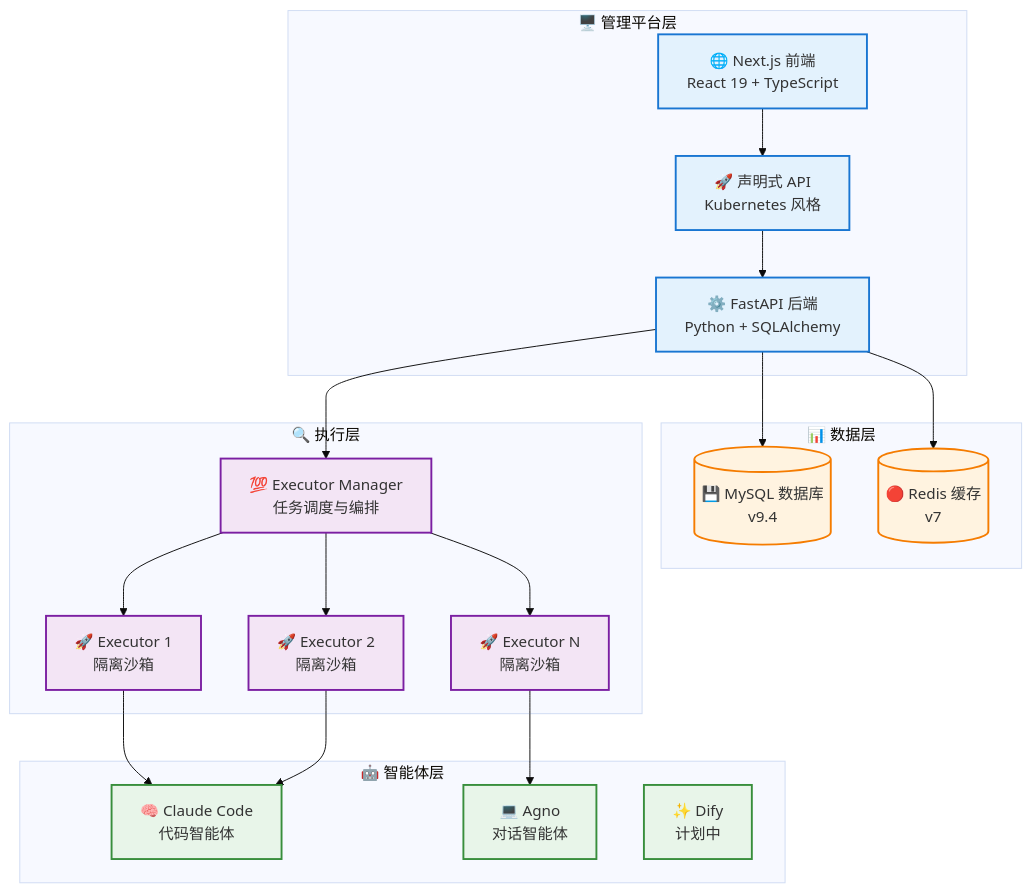
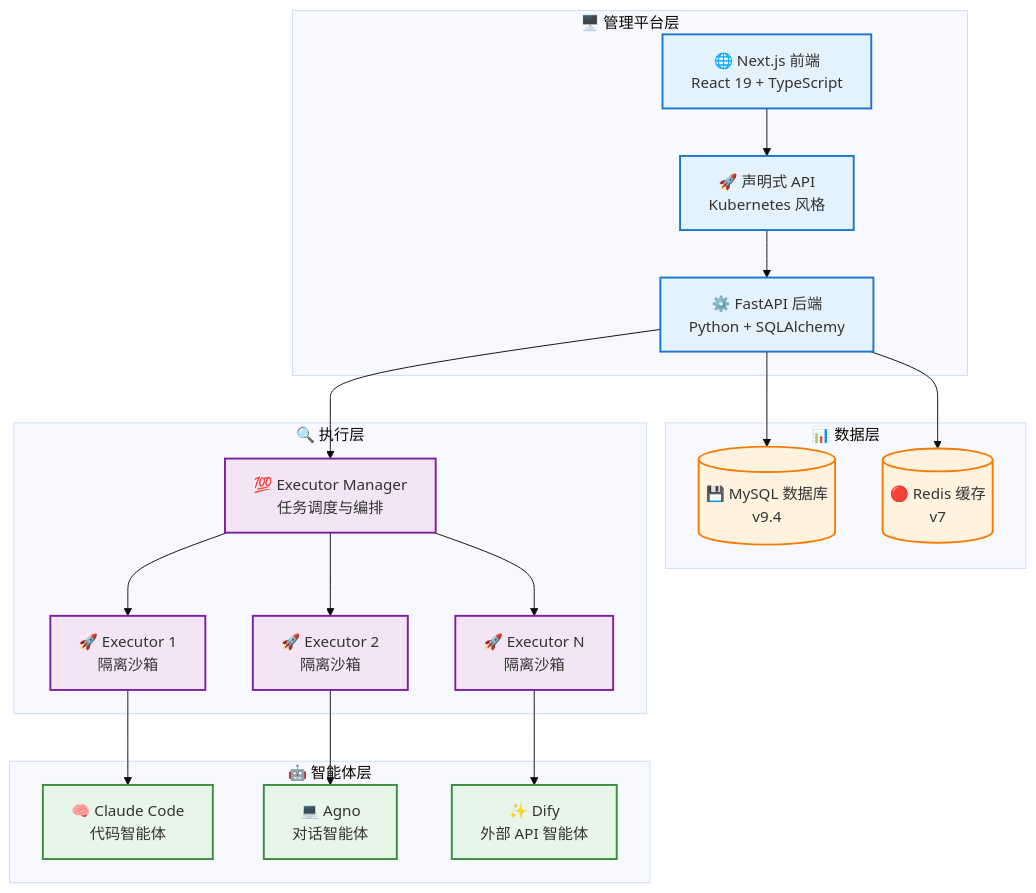
Before and after one commit to wecode-ai/Wegent: the first of 3 diagrams in docs/zh/concepts/architecture.md, drawn with Mermaid (base theme). The commit also changed other lines of this file and 6 other files, not shown here.

First line of the commit message:
docs: update documentation to reflect Dify agent support

````diff
--- a/docs/zh/concepts/architecture.md
+++ b/docs/zh/concepts/architecture.md
@@ -24,53 +24,53 @@
 ```mermaid
 graph TB
     subgraph "🖥️ 管理平台层"
         Frontend["🌐 Next.js 前端<br/>React 19 + TypeScript"]
         Backend["⚙️ FastAPI 后端<br/>Python + SQLAlchemy"]
         API["🚀 声明式 API<br/>Kubernetes 风格"]
     end
 
     subgraph "📊 数据层"
         MySQL[("💾 MySQL 数据库<br/>v9.4")]
         Redis[("🔴 Redis 缓存<br/>v7")]
     end
 
     subgraph "🔍 执行层"
         ExecutorManager["💯 Executor Manager<br/>任务调度与编排"]
         Executor1["🚀 Executor 1<br/>隔离沙箱"]
         Executor2["🚀 Executor 2<br/>隔离沙箱"]
         ExecutorN["🚀 Executor N<br/>隔离沙箱"]
     end
 
     subgraph "🤖 智能体层"
         Claude["🧠 Claude Code<br/>代码智能体"]
         Agno["💻 Agno<br/>对话智能体"]
-        DifyPlanned["✨ Dify<br/>计划中"]
+        Dify["✨ Dify<br/>外部 API 智能体"]
     end
 
 
     %% 系统交互
     Frontend --> API
     API --> Backend
     Backend --> MySQL
     Backend --> Redis
     Backend --> ExecutorManager
     ExecutorManager --> Executor1
     ExecutorManager --> Executor2
     ExecutorManager --> ExecutorN
 
     %% AI 程序集成
     Executor1 --> Claude
-    Executor2 --> Claude
-    ExecutorN --> Agno
+    Executor2 --> Agno
+    ExecutorN --> Dify
 
     %% 样式
     classDef platform fill:#e3f2fd,stroke:#1976d2,stroke-width:2px
     classDef data fill:#fff3e0,stroke:#f57c00,stroke-width:2px
     classDef execution fill:#f3e5f5,stroke:#7b1fa2,stroke-width:2px
     classDef agent fill:#e8f5e9,stroke:#388e3c,stroke-width:2px
 
     class Frontend,Backend,API platform
     class MySQL,Redis data
     class ExecutorManager,Executor1,Executor2,ExecutorN execution
-    class Claude,Agno,DifyPlanned agent
+    class Claude,Agno,Dify agent
 ```
````
